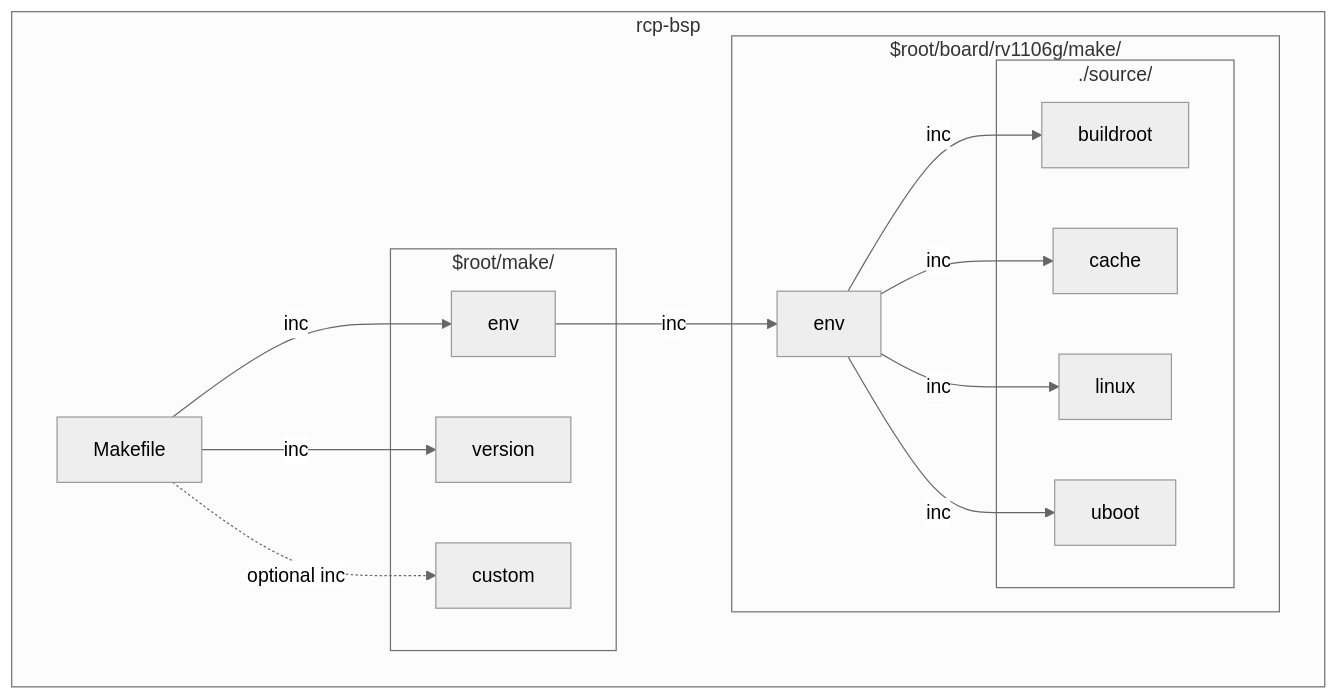
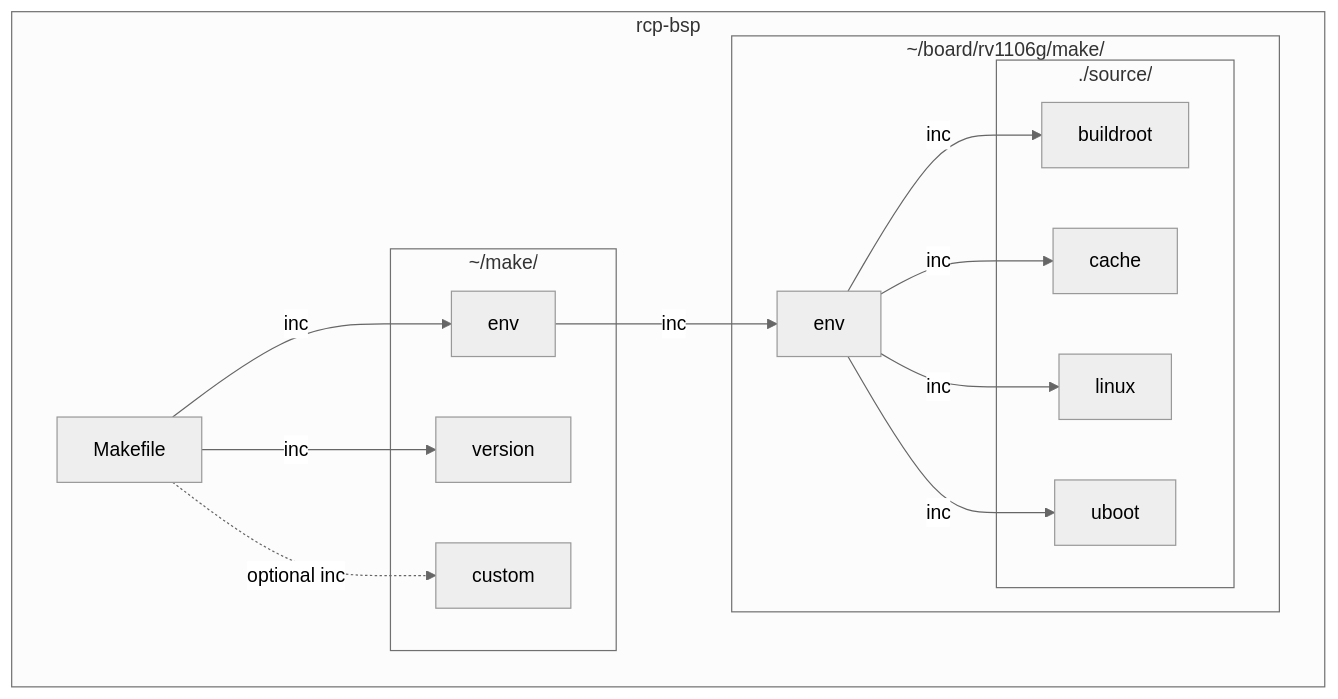
Before and after one commit to tactacam-ryanmoe/markdown-test: the first of 2 diagrams in README.md, drawn with Mermaid (neutral theme).

````diff
--- a/README.md
+++ b/README.md
@@ -3,33 +3,33 @@
 ```mermaid
 flowchart TB
     subgraph rcp-bsp
         Makefile
     
-        subgraph make1[$root/make/]
+        subgraph make1[~/make/]
             make_env[env]
             make_version[version]
             make_custom[custom]
         end
+
+        Makefile -- inc --> make_env
+        Makefile -- inc--> make_version
+        Makefile -. optional inc .-> make_custom
     
-        subgraph board[$root/board/rv1106g/make/]
+        subgraph board[~/board/rv1106g/make/]
             board_env[env]
             subgraph source[./source/]
                 board_buildroot[buildroot]
                 board_cache[cache]
                 board_linux[linux]
                 board_uboot[uboot]
             end
         end
     
-        Makefile -- inc --> make_env
-        Makefile -- inc--> make_version
-        Makefile -. optional inc .-> make_custom
-    
         make_env -- inc --> board_env
     
         board_env -- inc --> board_buildroot
         board_env -- inc --> board_cache
         board_env -- inc --> board_linux
         board_env -- inc --> board_uboot
     end
 ```
````
